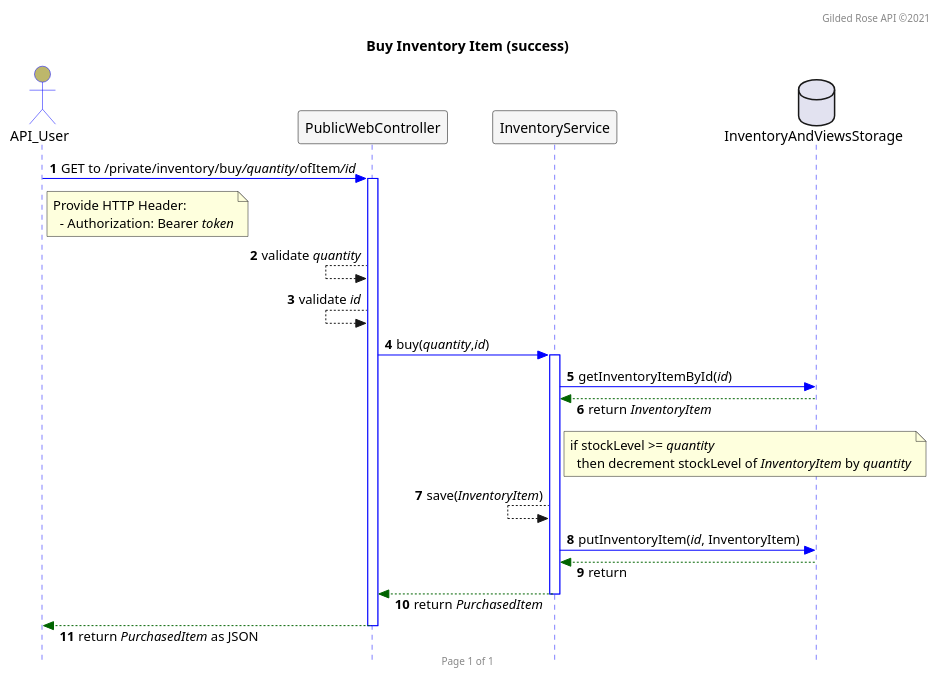
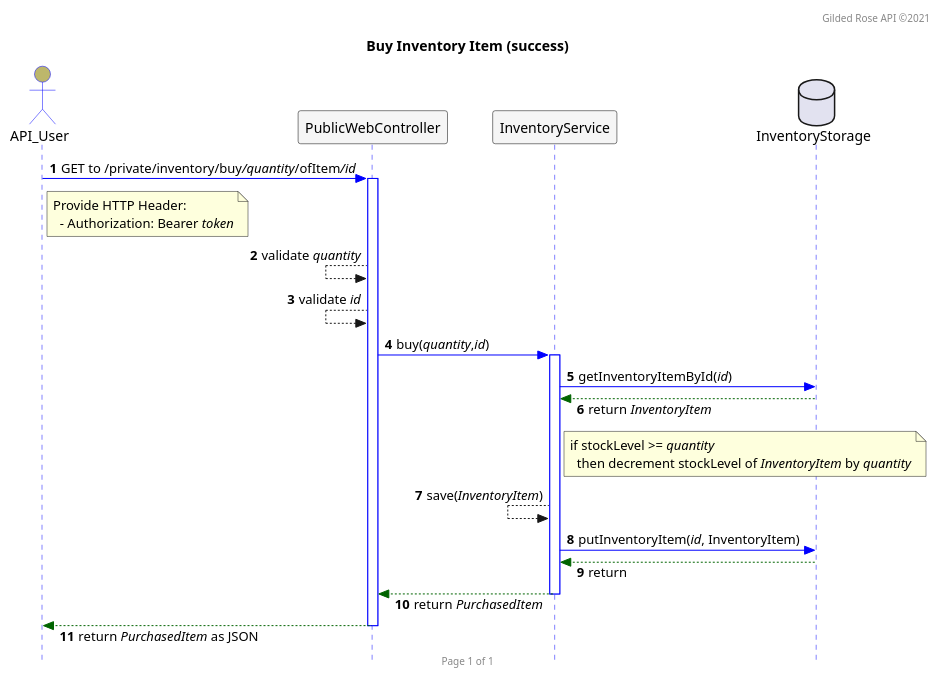
Before and after one commit to bladewheels/GildedRoseAPI: the diagram in src/main/resources/seq.buy.puml, drawn with PlantUML.

```diff
--- a/src/main/resources/seq.buy.puml
+++ b/src/main/resources/seq.buy.puml
@@ -2,51 +2,51 @@
 @startuml
 
 autonumber
 header Gilded Rose API ©2021
 footer Page 1 of 1
 hide footbox
 
 skinparam responseMessageBelowArrow true
 skinparam sequence {
   ActorBackgroundColor DarkKhaki
   ActorBorderColor Blue
   DatabaseBackgroundColor Gray
   DatabaseBorderColor Black
   LifeLineBorderColor Blue
   ParticipantBackgroundColor WhiteSmoke
   ParticipantBorderColor Black
 }
 skinparam style strictuml
 
 title Buy Inventory Item (success)
 
 actor API_User
 participant PublicWebController
 participant InventoryService
-database InventoryAndViewsStorage
+database InventoryStorage
 
 API_User -[#0000FF]> PublicWebController : GET to /private/inventory/buy///quantity///ofItem///id//
 note right of API_User
  Provide HTTP Header:
    - Authorization: Bearer //token//
 end note
 activate PublicWebController
 PublicWebController <-- PublicWebController : validate //quantity//
 PublicWebController <-- PublicWebController : validate //id//
 PublicWebController -[#0000FF]> InventoryService : buy(//quantity//,//id//)
 activate InventoryService
-InventoryService -[#0000FF]> InventoryAndViewsStorage : getInventoryItemById(//id//)
-InventoryService <[#DarkGreen]-- InventoryAndViewsStorage : return //InventoryItem//
+InventoryService -[#0000FF]> InventoryStorage : getInventoryItemById(//id//)
+InventoryService <[#DarkGreen]-- InventoryStorage : return //InventoryItem//
 note right of InventoryService
  if stockLevel >= //quantity//
    then decrement stockLevel of //InventoryItem// by //quantity//
 end note
 InventoryService <-- InventoryService : save(//InventoryItem//)
-InventoryService -[#0000FF]> InventoryAndViewsStorage : putInventoryItem(//id//, InventoryItem)
-InventoryService <[#DarkGreen]-- InventoryAndViewsStorage : return
+InventoryService -[#0000FF]> InventoryStorage : putInventoryItem(//id//, InventoryItem)
+InventoryService <[#DarkGreen]-- InventoryStorage : return
 PublicWebController <[#DarkGreen]-- InventoryService : return //PurchasedItem//
 deactivate InventoryService
 API_User <[#DarkGreen]-- PublicWebController : return //PurchasedItem// as JSON
 deactivate PublicWebController
 
 @enduml
```
